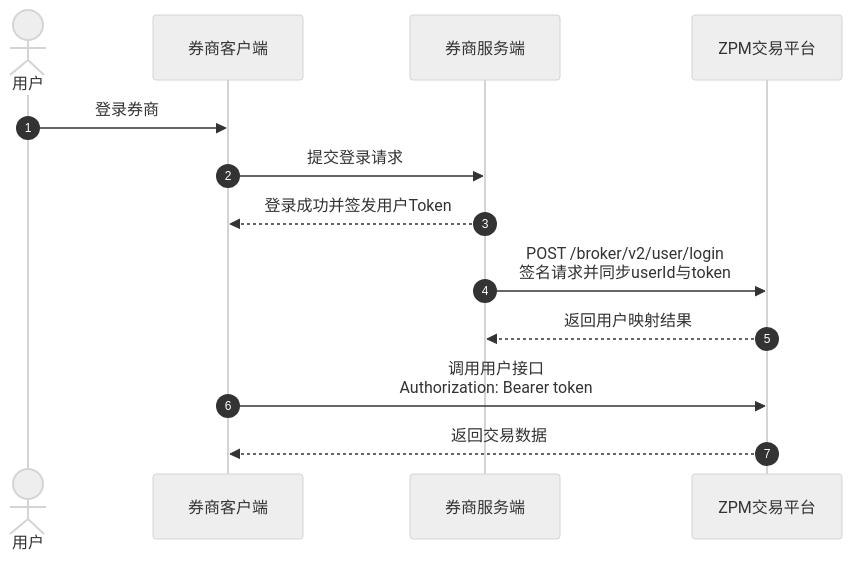
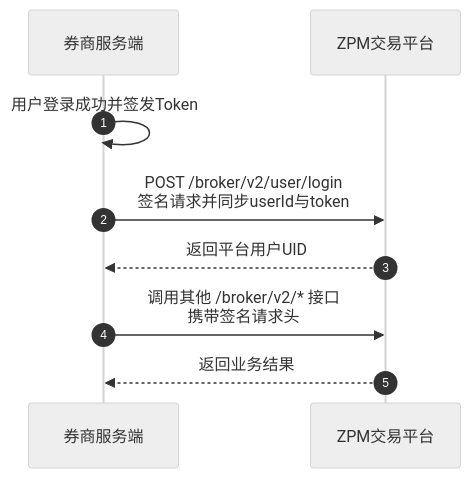
Before and after one commit to topblast-trade/docs: the diagram in cn/broker/guide/introduction.mdx, drawn with Mermaid (neutral theme). The commit also changed other lines of this file, not shown here.

````diff
--- a/cn/broker/guide/introduction.mdx
+++ b/cn/broker/guide/introduction.mdx
@@ -43,16 +34,12 @@
 ```mermaid
 sequenceDiagram
     autonumber
-    actor User as 用户
-    participant Client as 券商客户端
     participant Broker as 券商服务端
     participant ZPM as ZPM交易平台
 
-    User->>Client: 登录券商
-    Client->>Broker: 提交登录请求
-    Broker-->>Client: 登录成功并签发用户Token
+    Broker->>Broker: 用户登录成功并签发Token
     Broker->>ZPM: POST /broker/v2/user/login<br/>签名请求并同步userId与token
-    ZPM-->>Broker: 返回用户映射结果
-    Client->>ZPM: 调用用户接口<br/>Authorization: Bearer token
-    ZPM-->>Client: 返回交易数据
+    ZPM-->>Broker: 返回平台用户UID
+    Broker->>ZPM: 调用其他 /broker/v2/* 接口<br/>携带签名请求头
+    ZPM-->>Broker: 返回业务结果
 ```
````
